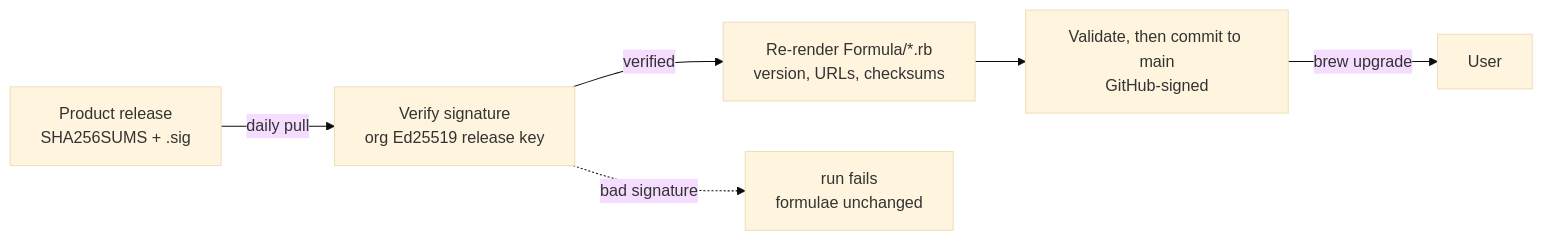
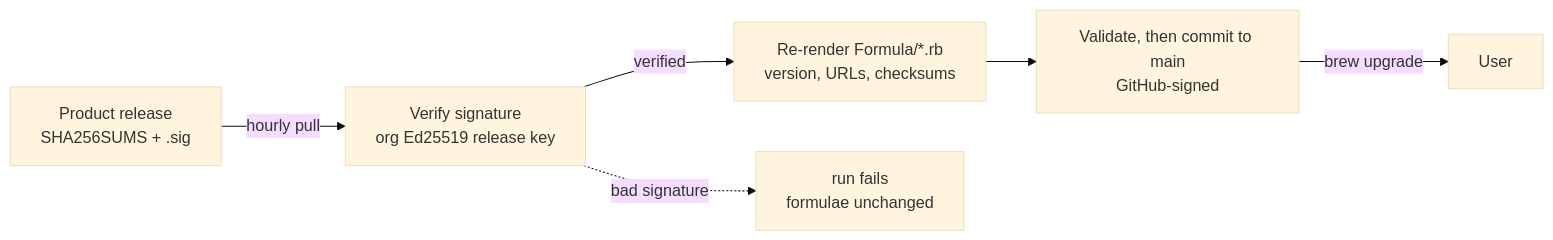
Before and after one commit to Glyndor/homebrew-tap: the diagram in README.md, drawn with Mermaid (base theme). The commit also changed 1 other file, not shown here.

Commit message:
docs: say hourly where the update cron is hourly (#140)
## Problem

`update.yml` runs `30 * * * *` since 2026-08-29, and two places still
described the old cadence: the README mermaid edge (`daily pull`) and
the CONTRIBUTING table (`the daily regeneration`). The same table named
a `PRODUCTS/README/... drift` comparison that
`scripts/check-products-consistent.sh` deliberately stopped doing on
2026-08-26 (its own header says so), so a contributor reading the table
would look for a red check that no longer exists.

## Change

Three words: `hourly pull`, `the hourly regeneration`, and the drift
entry names the two sources the script still compares.

## Test plan

Docs only; nothing executes these lines. Measured against the workflow
with `grep -n cron .github/workflows/update.yml`.

````diff
--- a/README.md
+++ b/README.md
@@ -41,8 +41,8 @@
 ```mermaid
 flowchart LR
-  R["Product release<br/>SHA256SUMS + .sig"] -->|daily pull| V["Verify signature<br/>org Ed25519 release key"]
+  R["Product release<br/>SHA256SUMS + .sig"] -->|hourly pull| V["Verify signature<br/>org Ed25519 release key"]
   V -->|verified| G["Re-render Formula/*.rb<br/>version, URLs, checksums"]
   G --> C["Validate, then commit to main<br/>GitHub-signed"]
   C -->|brew upgrade| U["User"]
   V -.->|bad signature| X["run fails<br/>formulae unchanged"]
 ```
````
